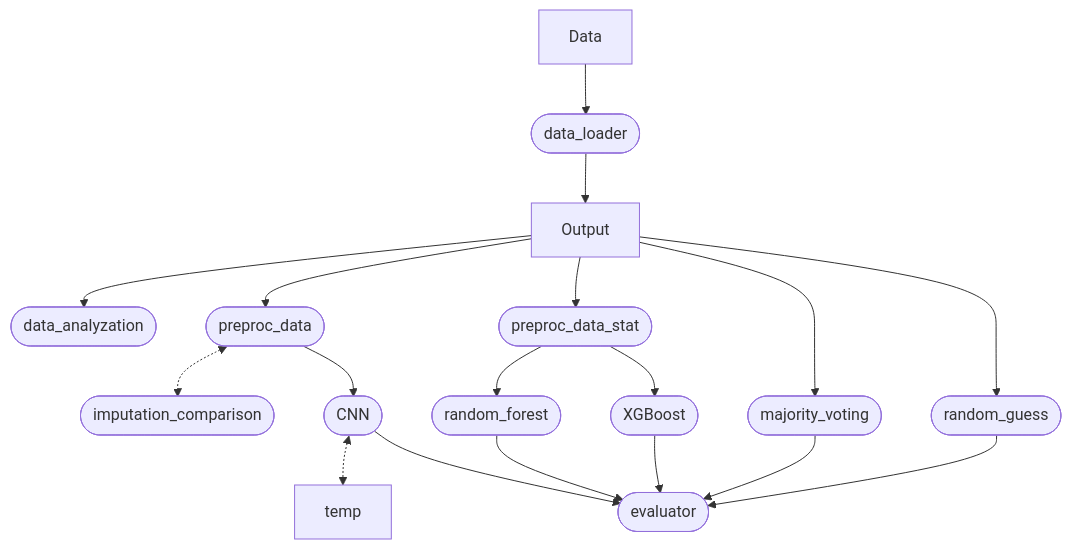
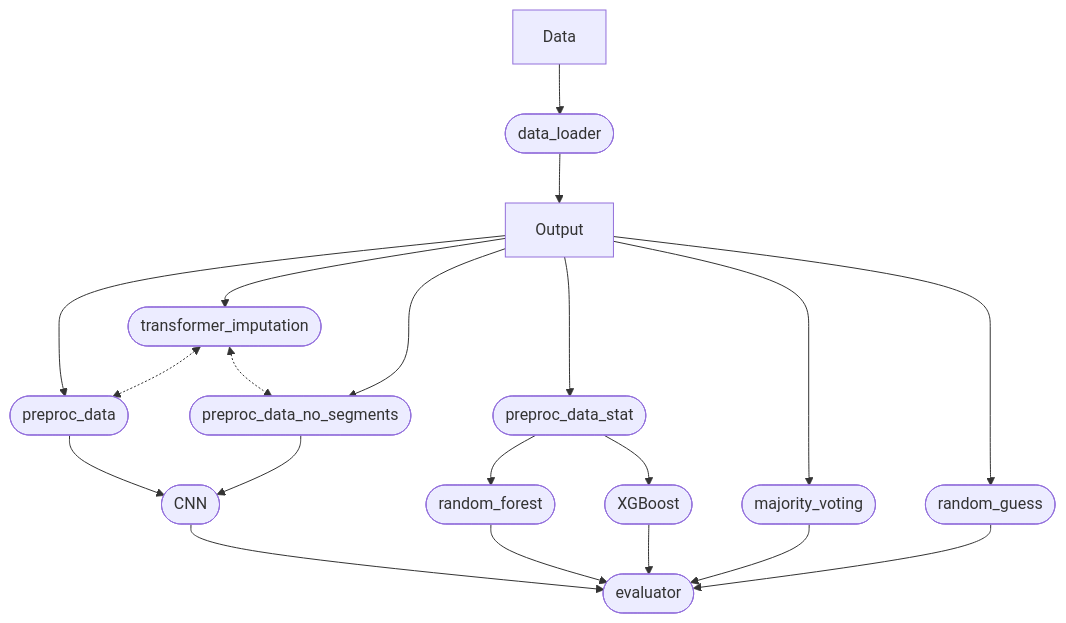
One commit to Yahnnosh/Sensor-Based-Modeling-of-Fatigue-Using-Transformer-Model changed the first of 2 diagrams in README.md. Above: the diagram before and after it, drawn with Mermaid. The commit also changed other lines of this file and 16 other files, not shown here.

````diff
--- a/README.md
+++ b/README.md
@@ -4,23 +4,26 @@
 ```mermaid
 flowchart TD;
     Data --> id1([data_loader])
     id1([data_loader]) --> Output
     
-    Output --> id3([data_analyzation])
     Output --> id2([preproc_data])
+    Output --> id14([transformer_imputation])
+    Output --> id13([preproc_data_no_segments])
     Output --> id6([preproc_data_stat])
     Output ---> id4([majority_voting])
     Output ---> id9([random_guess])
-    
+
     id6([preproc_data_stat]) --> id8([random_forest])
     id6([preproc_data_stat]) --> id10([XGBoost])
-    id2([preproc_data]) <.-> id12([imputation_comparison])
+    id13([preproc_data_no_segments]) --> id5([CNN])
     id2([preproc_data]) --> id5([CNN])
-    id5([CNN]) <.-> temp
     
+    id14([transformer_imputation]) <.-> id2([preproc_data])
+    id14([transformer_imputation]) <.-> id13([preproc_data_no_segments])
+    
+    id5([CNN]) --> id11([evaluator])
     id4([majority_voting]) --> id11([evaluator])
-    id5([CNN]) --> id11([evaluator])
     id8([random_forest]) --> id11([evaluator])
     id10([XGBoost]) --> id11([evaluator])
     id9([random_guess]) --> id11([evaluator])
 ```
````
